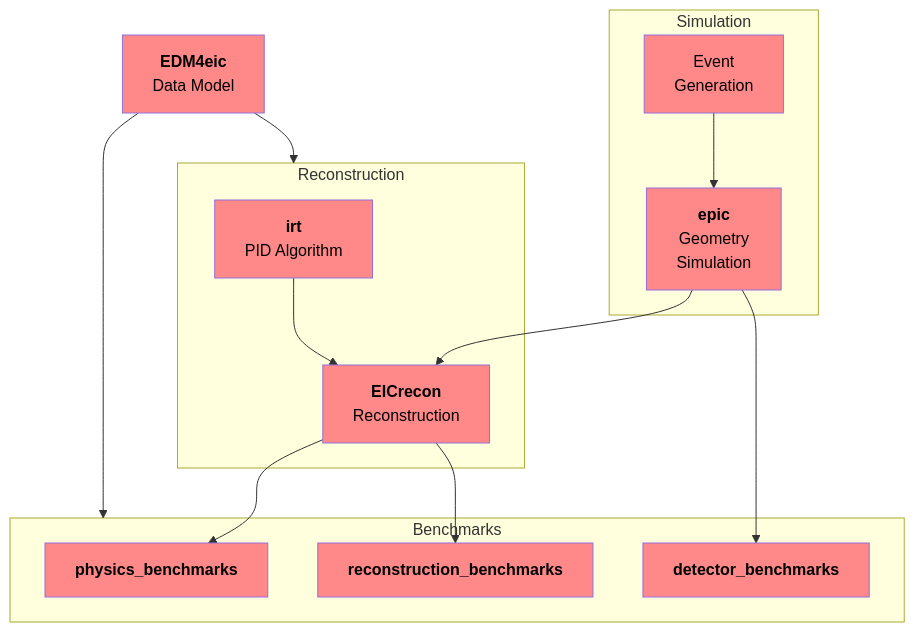
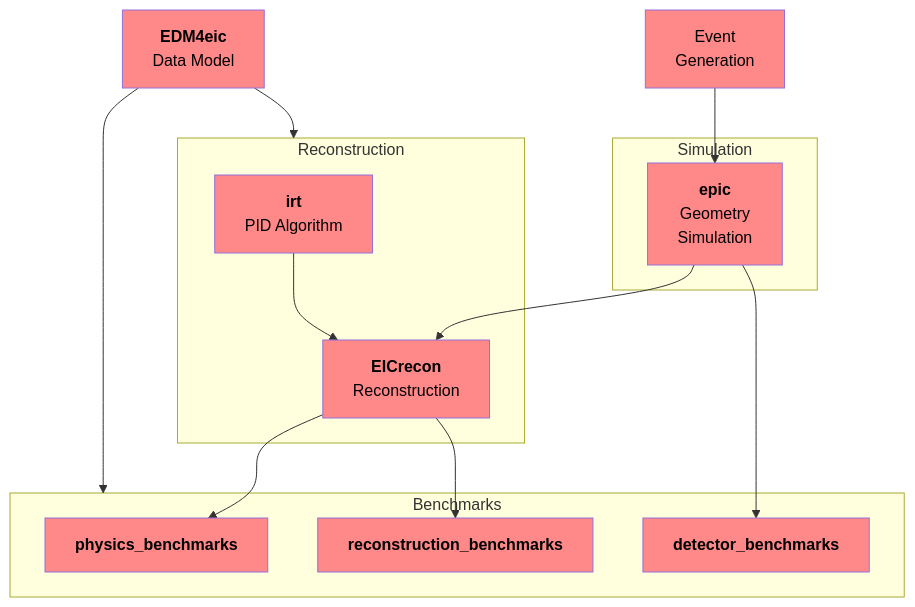
One commit to eic/drich-dev changed the first of 4 diagrams in README.md. Above: the diagram before and after it, drawn with Mermaid.

Commit message:
modified:   README.md

````diff
--- a/README.md
+++ b/README.md
@@ -197,27 +197,27 @@
 ```mermaid
 flowchart TB
   classDef epic fill:#ff8888,color:black
 
+  EventGeneration[Event<br/>Generation]:::epic
   subgraph Simulation
-    EventGeneration[Event<br/>Generation]:::epic
     epic[<strong>epic</strong><br/>Geometry<br/>Simulation]:::epic
   end
   subgraph Reconstruction
     irt[<strong>irt</strong><br/>PID Algorithm]:::epic
     EICrecon[<strong>EICrecon</strong><br/>Reconstruction]:::epic
   end
   subgraph Benchmarks
     PhysicsBenchmarks[<strong>physics_benchmarks</strong>]:::epic
     ReconstructionBenchmarks[<strong>reconstruction_benchmarks</strong>]:::epic
     DetectorBenchmarks[<strong>detector_benchmarks</strong>]:::epic
   end
   EDM4eic[<strong>EDM4eic</strong><br/>Data Model]:::epic
 
   EventGeneration --> epic --> EICrecon
   irt             --> EICrecon
   epic            --> DetectorBenchmarks
   EICrecon        --> PhysicsBenchmarks
   EICrecon        --> ReconstructionBenchmarks
   EDM4eic         --> Reconstruction
   EDM4eic         --> Benchmarks
 ```
````
